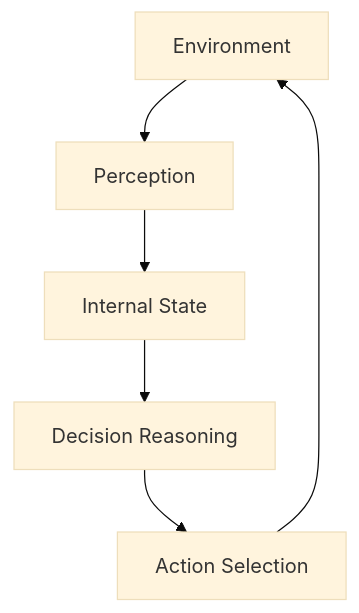
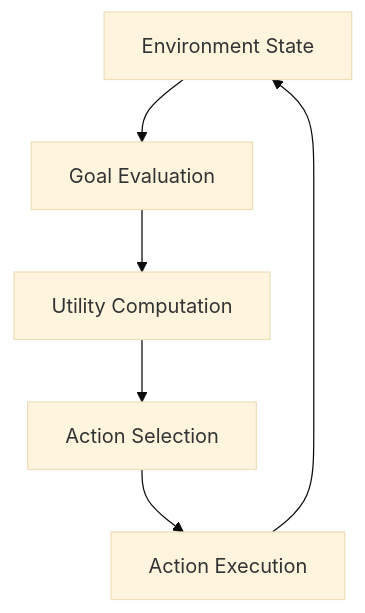
Before and after one commit to m-rizqinovniari/agentic-handbook: the first of 5 diagrams in docusaurus/docs/part-1/chapter-3.md, drawn with Mermaid (base theme). The commit also changed other lines of this file and 19 other files, not shown here.

````diff
--- a/docusaurus/docs/part-1/chapter-3.md
+++ b/docusaurus/docs/part-1/chapter-3.md
@@ -75,8 +121,8 @@
 ```mermaid
 flowchart TD
-    A[Environment] --> B[Perception]
-    B --> C[Internal State]
-    C --> D[Decision Reasoning]
-    D --> E[Action Selection]
+    A[Environment State] --> B[Goal Evaluation]
+    B --> C[Utility Computation]
+    C --> D[Action Selection]
+    D --> E[Action Execution]
     E --> A
 ```
````
